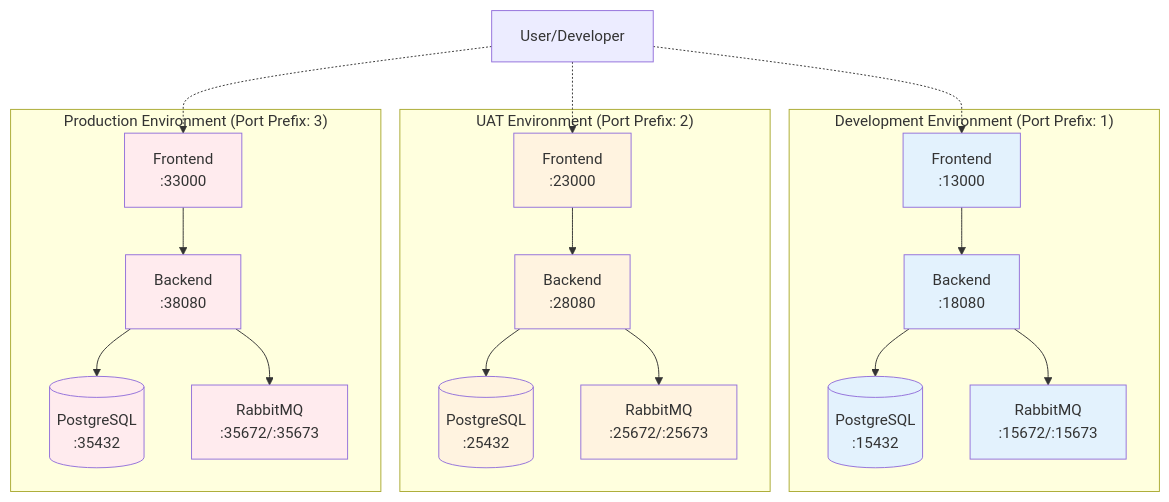
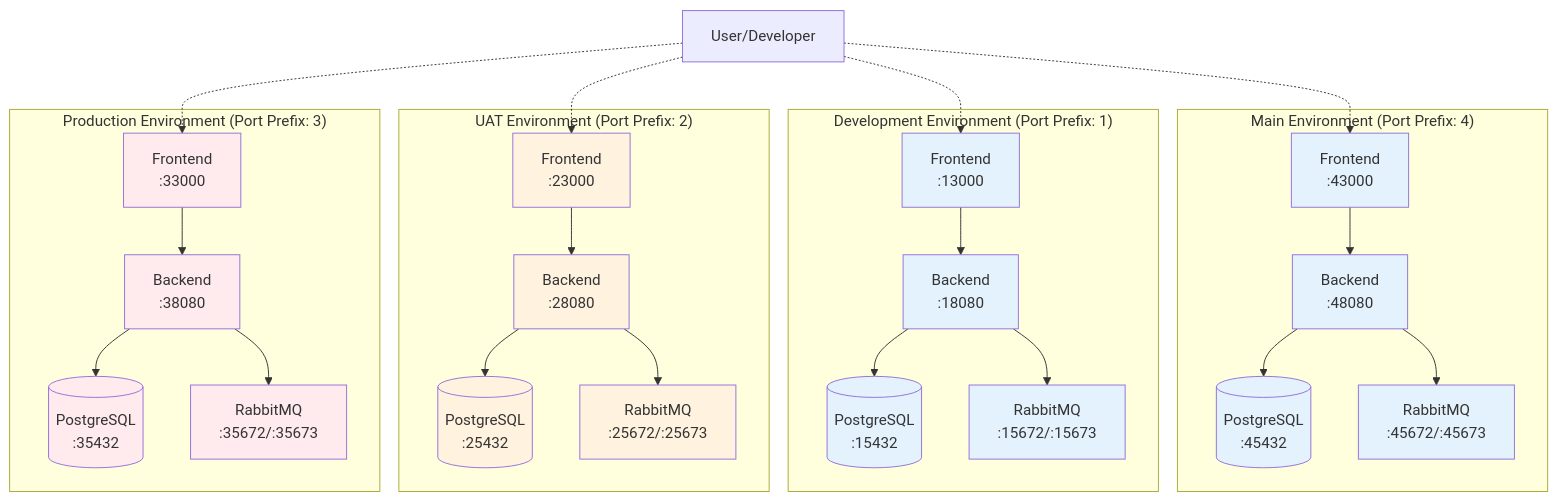
Before and after one commit to techie2000/axiom: the diagram in docs/environments/multi-environment-setup.md, drawn with Mermaid. The commit also changed other lines of this file and 4 other files, not shown here.

Commit message:
feat(docs): update environment setup and migration guides for main environment support

````diff
--- a/docs/environments/multi-environment-setup.md
+++ b/docs/environments/multi-environment-setup.md
@@ -21,50 +21,65 @@
 ```mermaid
 graph TB
+    subgraph "Main Environment (Port Prefix: 4)"
+        MainFE[Frontend<br/>:43000]
+        MainBE[Backend<br/>:48080]
+        MainPG[(PostgreSQL<br/>:45432)]
+        MainRMQ[RabbitMQ<br/>:45672/:45673]
+        MainFE --> MainBE
+        MainBE --> MainPG
+        MainBE --> MainRMQ
+    end
+
     subgraph "Development Environment (Port Prefix: 1)"
         DevFE[Frontend<br/>:13000]
         DevBE[Backend<br/>:18080]
         DevPG[(PostgreSQL<br/>:15432)]
         DevRMQ[RabbitMQ<br/>:15672/:15673]
         DevFE --> DevBE
         DevBE --> DevPG
         DevBE --> DevRMQ
     end
 
     subgraph "UAT Environment (Port Prefix: 2)"
         UATFE[Frontend<br/>:23000]
         UATBE[Backend<br/>:28080]
         UATPG[(PostgreSQL<br/>:25432)]
         UATRMQ[RabbitMQ<br/>:25672/:25673]
         UATFE --> UATBE
         UATBE --> UATPG
         UATBE --> UATRMQ
     end
 
     subgraph "Production Environment (Port Prefix: 3)"
         ProdFE[Frontend<br/>:33000]
         ProdBE[Backend<br/>:38080]
         ProdPG[(PostgreSQL<br/>:35432)]
         ProdRMQ[RabbitMQ<br/>:35672/:35673]
         ProdFE --> ProdBE
         ProdBE --> ProdPG
         ProdBE --> ProdRMQ
     end
 
     User[User/Developer]
+    User -.-> MainFE
     User -.-> DevFE
     User -.-> UATFE
     User -.-> ProdFE
 
+    style MainFE fill:#e3f2fd
     style DevFE fill:#e3f2fd
+    style MainBE fill:#e3f2fd
     style DevBE fill:#e3f2fd
+    style MainPG fill:#e3f2fd
     style DevPG fill:#e3f2fd
     style DevRMQ fill:#e3f2fd
+    style MainRMQ fill:#e3f2fd
     style UATFE fill:#fff3e0
     style UATBE fill:#fff3e0
     style UATPG fill:#fff3e0
     style UATRMQ fill:#fff3e0
     style ProdFE fill:#ffebee
     style ProdBE fill:#ffebee
     style ProdPG fill:#ffebee
     style ProdRMQ fill:#ffebee
 ```
````
